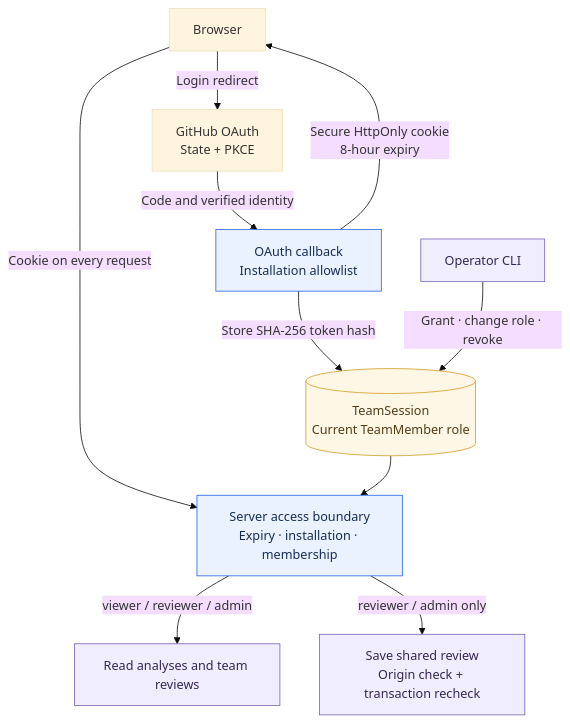
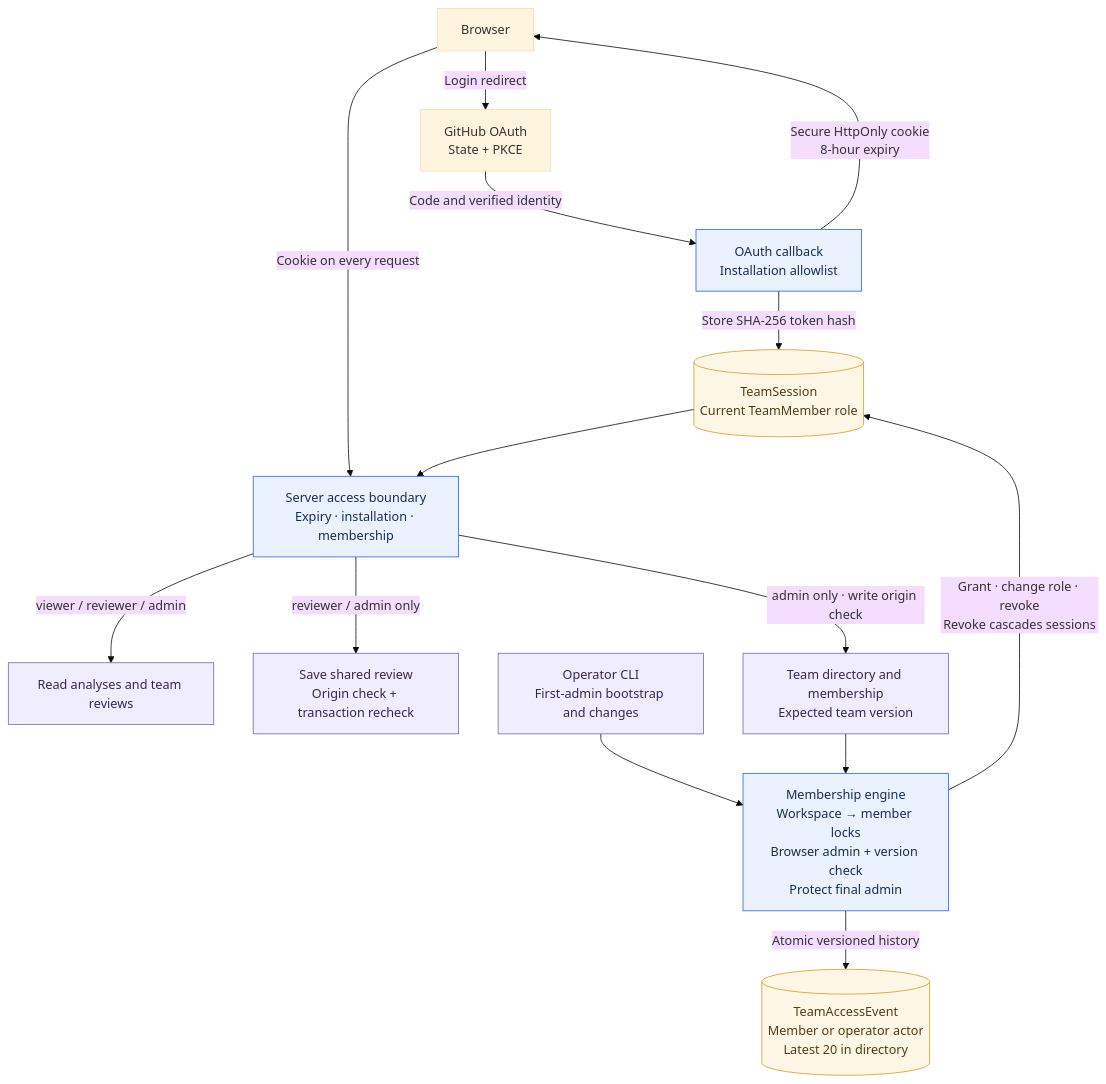
One commit to ChariPramod/Groundskeeper changed the diagram in docs/diagrams/access-boundary.mmd. Above: the diagram before and after it, drawn with Mermaid (base theme). The commit also changed 41 other files, not shown here.

Commit message:
Add audited team administration, evaluation comparisons and access recovery

```diff
--- a/docs/diagrams/access-boundary.mmd
+++ b/docs/diagrams/access-boundary.mmd
@@ -1,19 +1,23 @@
 flowchart TB
   accTitle: Groundskeeper identity and role boundary
-  accDescr: GitHub OAuth issues an eight-hour secure session after installation allowlist checks. Only session hashes are stored. Every request checks current membership and role. Viewers read reviews; reviewers and admins can save. Operators manage membership.
+  accDescr: GitHub OAuth issues an eight-hour secure session after installation allowlist checks. Only session hashes are stored. Every request checks current membership and role. Viewers read reviews; reviewers and admins save reviews. Admin browser changes and operator bootstrap share the same locked membership engine, version checks, last-admin protection and audit history.
   Browser["Browser"] -->|"Login redirect"| GitHub["GitHub OAuth<br/>State + PKCE"]
   GitHub -->|"Code and verified identity"| Callback["OAuth callback<br/>Installation allowlist"]
   Callback -->|"Secure HttpOnly cookie<br/>8-hour expiry"| Browser
   Callback -->|"Store SHA-256 token hash"| Sessions[("TeamSession<br/>Current TeamMember role")]
   Browser -->|"Cookie on every request"| Guard["Server access boundary<br/>Expiry · installation · membership"]
   Sessions --> Guard
   Guard -->|"viewer / reviewer / admin"| Read["Read analyses and team reviews"]
   Guard -->|"reviewer / admin only"| Write["Save shared review<br/>Origin check + transaction recheck"]
-  Operator["Operator CLI"] -->|"Grant · change role · revoke"| Sessions
+  Guard -->|"admin only · write origin check"| Admin["Team directory and membership<br/>Expected team version"]
+  Operator["Operator CLI<br/>First-admin bootstrap and changes"] --> Membership["Membership engine<br/>Workspace → member locks<br/>Browser admin + version check<br/>Protect final admin"]
+  Admin --> Membership
+  Membership -->|"Grant · change role · revoke<br/>Revoke cascades sessions"| Sessions
+  Membership -->|"Atomic versioned history"| Audit[("TeamAccessEvent<br/>Member or operator actor<br/>Latest 20 in directory")]
 
   classDef boundary fill:#eaf2ff,stroke:#2563eb,color:#162e55;
   classDef store fill:#fff7e6,stroke:#d49b22,color:#533d17;
   classDef action fill:#f0edff,stroke:#7962b3,color:#362753;
-  class Callback,Guard boundary;
-  class Sessions store;
-  class Read,Write,Operator action;
+  class Callback,Guard,Membership boundary;
+  class Sessions,Audit store;
+  class Read,Write,Admin,Operator action;
```
